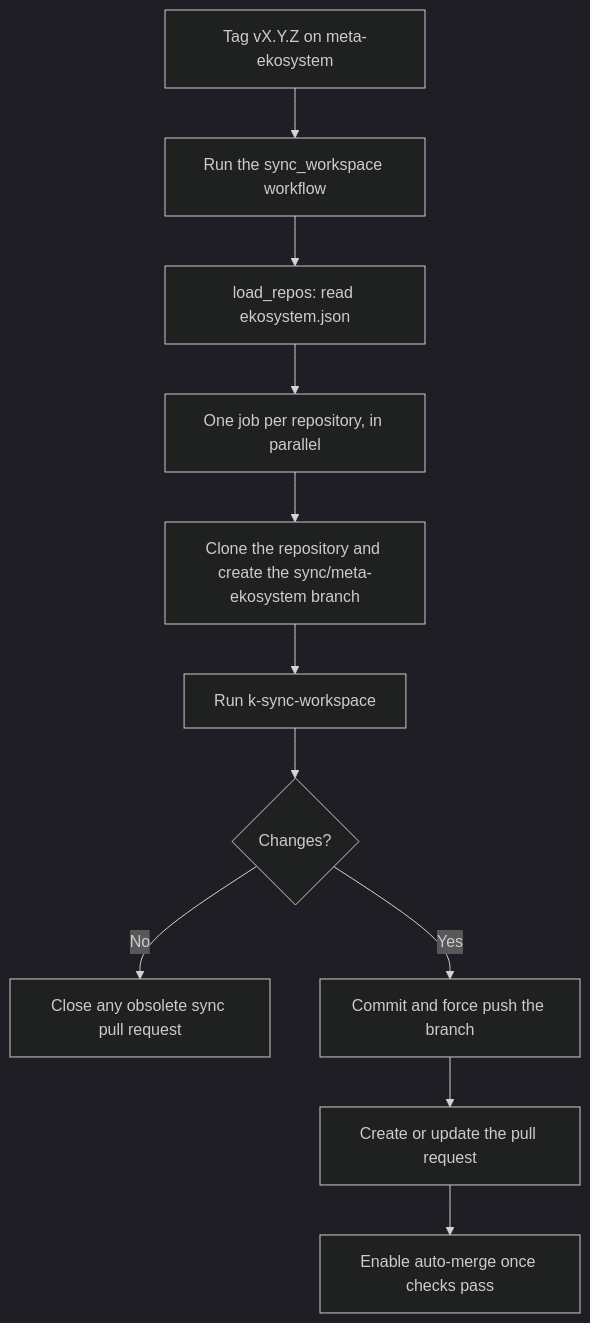
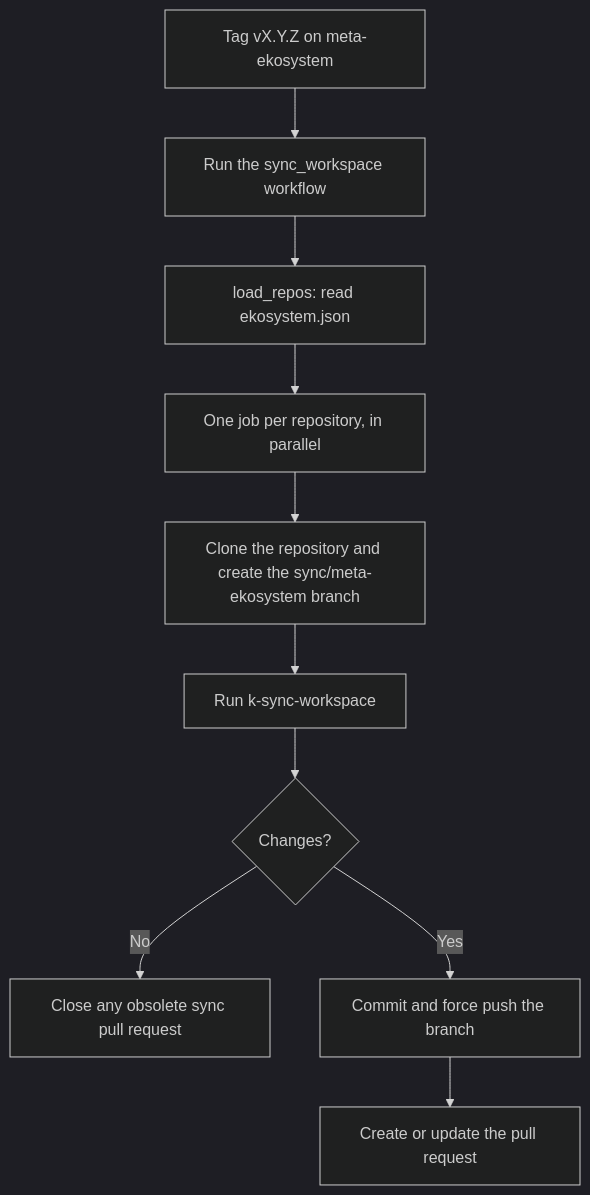
Before and after one commit to kalisio/meta-ekosystem: the second of 2 diagrams in README.md, drawn with Mermaid (dark theme). The commit also changed other lines of this file and 2 other files, not shown here.

````diff
--- a/README.md
+++ b/README.md
@@ -302,13 +316,12 @@
 ```mermaid
 flowchart TD
   T["Tag vX.Y.Z on meta-ekosystem"] --> D["Run the sync_workspace workflow"]
   D --> L["load_repos: read ekosystem.json"]
   L --> M["One job per repository, in parallel"]
   M --> C["Clone the repository and create the sync/meta-ekosystem branch"]
   C --> K["Run k-sync-workspace"]
   K --> Q{Changes?}
   Q -- No --> X["Close any obsolete sync pull request"]
   Q -- Yes --> P["Commit and force push the branch"]
   P --> R["Create or update the pull request"]
-  R --> A["Enable auto-merge once checks pass"]
 ```
````
